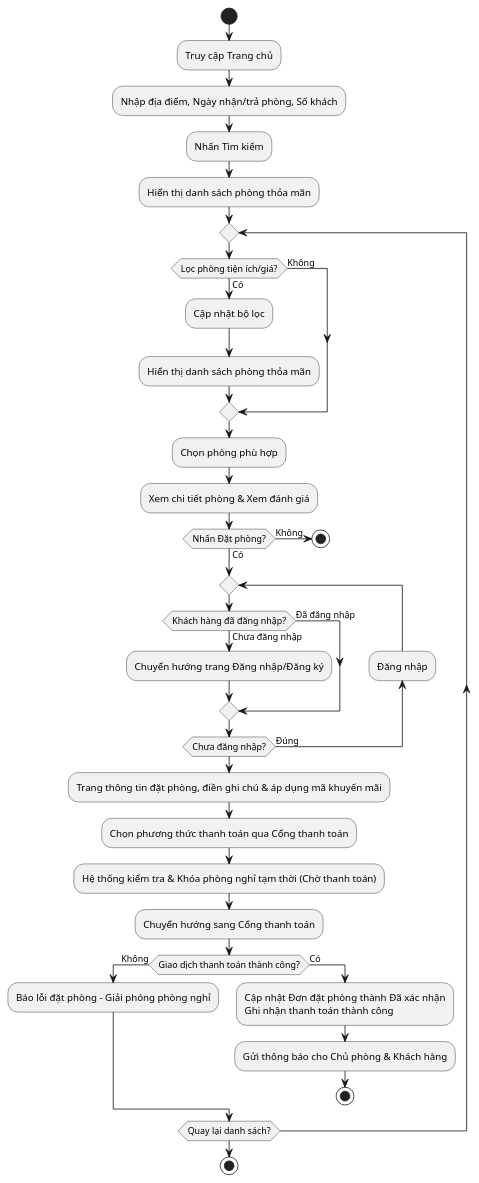
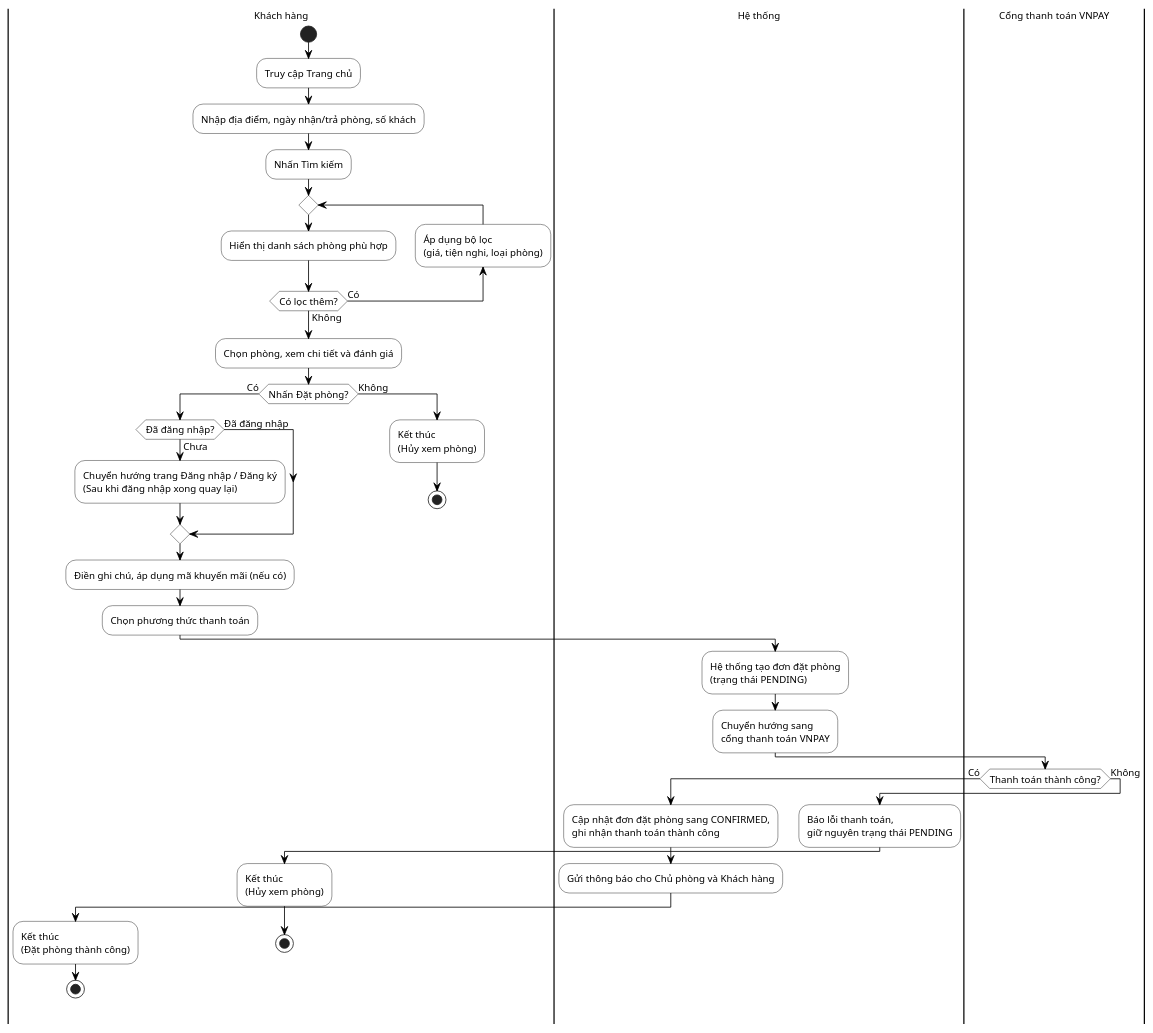
Before and after one commit to kienpham23/BuddingHotelStay-frontend: diagram 23 of 28 in huong_dan_ve_bieu_do.md, drawn with PlantUML. The commit also changed 2 other files, not shown here.

Commit message:
Cập nhập giao diện

````diff
--- a/huong_dan_ve_bieu_do.md
+++ b/huong_dan_ve_bieu_do.md
@@ -1178,41 +1178,63 @@
 ```plantuml
 @startuml
+' Cấu hình giao diện đen trắng (monochrome), không đổ bóng
+skinparam monochrome true
+skinparam shadowing false
+skinparam defaultFontName "Arial"
+skinparam defaultFontSize 12
+
+skinparam activity {
+  BackgroundColor White
+  BorderColor Black
+  ArrowColor Black
+}
+
+|Khách hàng|
 start
 :Truy cập Trang chủ;
-:Nhập địa điểm, Ngày nhận/trả phòng, Số khách;
+:Nhập địa điểm, ngày nhận/trả phòng, số khách;
 :Nhấn Tìm kiếm;
-:Hiển thị danh sách phòng thỏa mãn;
 repeat
-    if (Lọc phòng tiện ích/giá?) then (Có)
-        :Cập nhật bộ lọc;
-        :Hiển thị danh sách phòng thỏa mãn;
-    else (Không)
-    endif
-    :Chọn phòng phù hợp;
-    :Xem chi tiết phòng & Xem đánh giá;
-    if (Nhấn Đặt phòng?) then (Không)
-        stop
-    else (Có)
-    endif
-    repeat
-        if (Khách hàng đã đăng nhập?) then (Chưa đăng nhập)
-            :Chuyển hướng trang Đăng nhập/Đăng ký;
-        else (Đã đăng nhập)
-        endif
-    backward :Đăng nhập;
-    repeat while (Chưa đăng nhập?) is (Đúng)
-    :Trang thông tin đặt phòng, điền ghi chú & áp dụng mã khuyến mãi;
-    :Chọn phương thức thanh toán qua Cổng thanh toán;
-    :Hệ thống kiểm tra & Khóa phòng nghỉ tạm thời (Chờ thanh toán);
-    :Chuyển hướng sang Cổng thanh toán;
-    if (Giao dịch thanh toán thành công?) then (Không)
-        :Báo lỗi đặt phòng - Giải phóng phòng nghỉ;
-    else (Có)
-        :Cập nhật Đơn đặt phòng thành Đã xác nhận\nGhi nhận thanh toán thành công;
-        :Gửi thông báo cho Chủ phòng & Khách hàng;
-        stop
-    endif
-repeat while (Quay lại danh sách?)
-stop
+  :Hiển thị danh sách phòng phù hợp;
+  backward:Áp dụng bộ lọc\n(giá, tiện nghi, loại phòng);
+repeat while (Có lọc thêm?) is (Có) not (Không)
+
+:Chọn phòng, xem chi tiết và đánh giá;
+
+if (Nhấn Đặt phòng?) then (Có)
+  if (Đã đăng nhập?) then (Chưa)
+    :Chuyển hướng trang Đăng nhập / Đăng ký\n(Sau khi đăng nhập xong quay lại);
+  else (Đã đăng nhập)
+  endif
+  
+  :Điền ghi chú, áp dụng mã khuyến mãi (nếu có);
+  :Chọn phương thức thanh toán;
+  
+  |Hệ thống|
+  :Hệ thống tạo đơn đặt phòng\n(trạng thái PENDING);
+  :Chuyển hướng sang\ncổng thanh toán VNPAY;
+  
+  |Cổng thanh toán VNPAY|
+  if (Thanh toán thành công?) then (Có)
+    |Hệ thống|
+    :Cập nhật đơn đặt phòng sang CONFIRMED,\nghi nhận thanh toán thành công;
+    :Gửi thông báo cho Chủ phòng và Khách hàng;
+    
+    |Khách hàng|
+    :Kết thúc\n(Đặt phòng thành công);
+    stop
+  else (Không)
+    |Hệ thống|
+    :Báo lỗi thanh toán,\ngiữ nguyên trạng thái PENDING;
+    
+    |Khách hàng|
+    :Kết thúc\n(Hủy xem phòng);
+    stop
+  endif
+else (Không)
+  |Khách hàng|
+  :Kết thúc\n(Hủy xem phòng);
+  stop
+endif
 @enduml
 ```
````
